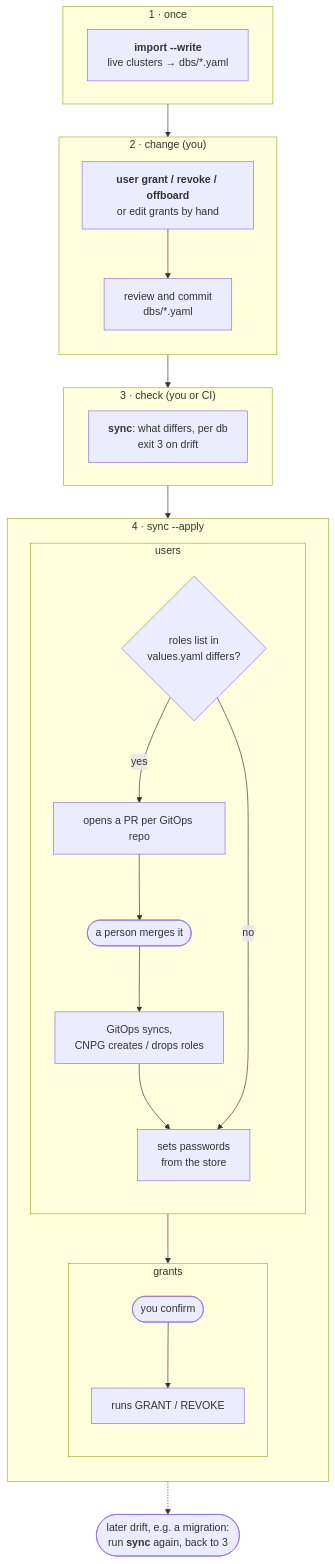
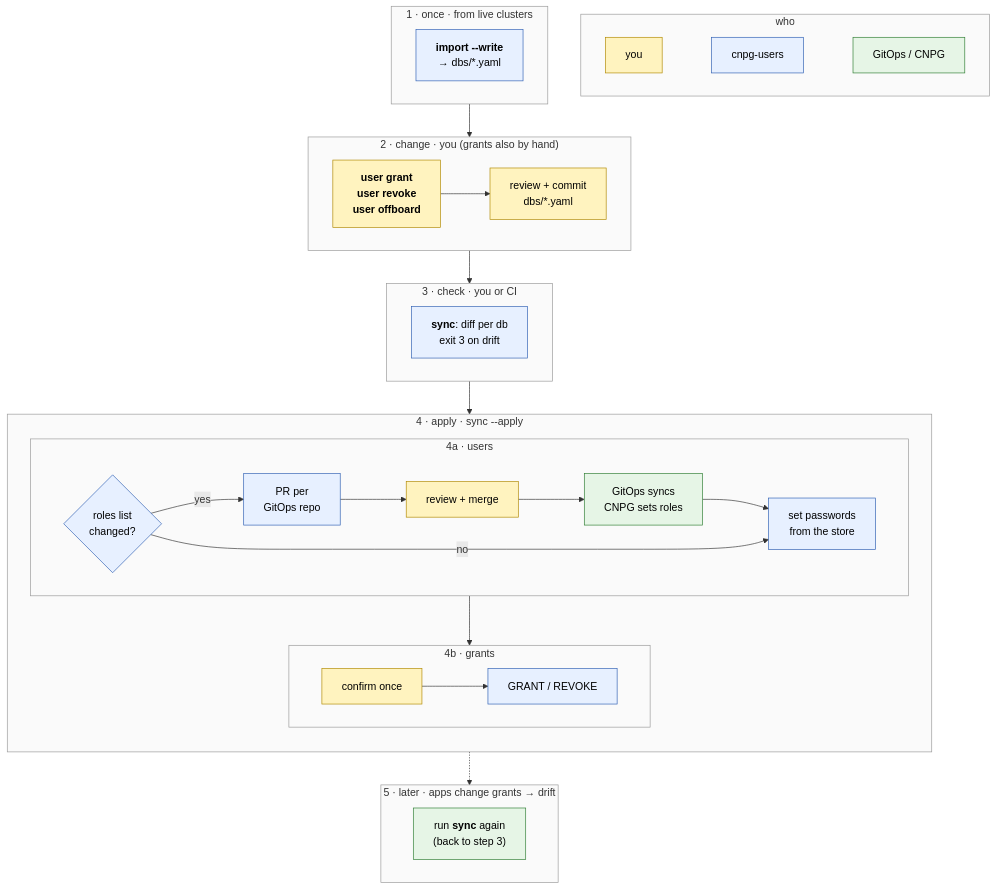
The diagram in README.md (caseycs/cnpg-users-grants), drawn with Mermaid before and after one commit.

Commit message:
docs: compact, color-coded workflow diagram

````diff
--- a/README.md
+++ b/README.md
@@ -12,32 +12,50 @@
 ```mermaid
-flowchart TD
-  subgraph once["1 · once"]
-    import["<b>import --write</b><br/>live clusters → dbs/*.yaml"]
+flowchart TB
+  classDef person fill:#fff3bf,stroke:#b08900,color:#000
+  classDef tool fill:#e7f0ff,stroke:#2f5fb3,color:#000
+  classDef ext fill:#e6f5e6,stroke:#2e7d32,color:#000
+  classDef stage fill:#fafafa,stroke:#999,color:#333
+
+  subgraph legend["who"]
+    direction LR
+    l1["you"]:::person ~~~ l2["cnpg-users"]:::tool ~~~ l3["GitOps / CNPG"]:::ext
   end
-  subgraph change["2 · change (you)"]
+
+  subgraph s1["1 · once · from live clusters"]
+    direction LR
+    import["<b>import --write</b><br/>→ dbs/*.yaml"]:::tool
+  end
+
+  subgraph s2["2 · change · you (grants also by hand)"]
+    direction LR
+    edit["<b>user grant</b><br/><b>user revoke</b><br/><b>user offboard</b>"]:::person --> commit["review + commit<br/>dbs/*.yaml"]:::person
+  end
+
+  subgraph s3["3 · check · you or CI"]
+    direction LR
+    sync["<b>sync</b>: diff per db<br/>exit 3 on drift"]:::tool
+  end
+
+  subgraph s4["4 · apply · sync --apply"]
     direction TB
-    edit["<b>user grant / revoke / offboard</b><br/>or edit grants by hand"] --> commit["review and commit<br/>dbs/*.yaml"]
+    subgraph u["4a · users"]
+      direction LR
+      q{"roles list<br/>changed?"}:::tool
+      q -- yes --> pr["PR per<br/>GitOps repo"]:::tool --> merge["review + merge"]:::person --> cnpg["GitOps syncs<br/>CNPG sets roles"]:::ext --> pw["set passwords<br/>from the store"]:::tool
+      q -- no --> pw
+    end
+    subgraph g["4b · grants"]
+      direction LR
+      ok["confirm once"]:::person --> sql["GRANT / REVOKE"]:::tool
+    end
+    u --> g
   end
-  subgraph check["3 · check (you or CI)"]
-    sync["<b>sync</b>: what differs, per db<br/>exit 3 on drift"]
+
+  subgraph s5["5 · later · apps change grants → drift"]
+    direction LR
+    again["run <b>sync</b> again<br/>(back to step 3)"]:::ext
   end
-  subgraph apply["4 · sync --apply"]
-    direction TB
-    subgraph users["users"]
-      direction TB
-      differs{"roles list in<br/>values.yaml differs?"}
-      differs -- yes --> pr["opens a PR per GitOps repo"]
-      pr --> merge(["a person merges it"])
-      merge --> rollout["GitOps syncs,<br/>CNPG creates / drops roles"]
-      rollout --> pw["sets passwords<br/>from the store"]
-      differs -- no --> pw
-    end
-    subgraph grants["grants"]
-      direction TB
-      confirm(["you confirm"]) --> sql["runs GRANT / REVOKE"]
-    end
-    users --> grants
-  end
-  once --> change --> check --> apply
-  apply -.-> later(["later drift, e.g. a migration:<br/>run <b>sync</b> again, back to 3"])
+
+  s1 --> s2 --> s3 --> s4 -.-> s5
+  class s1,s2,s3,s4,s5,u,g,legend stage
 ```
````
